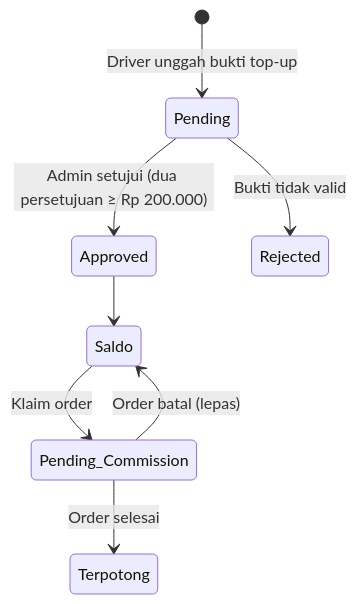
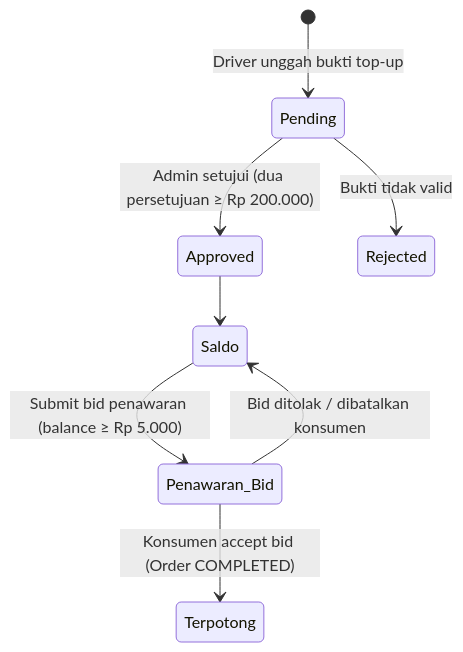
Before and after one commit to rizalfarhan613-1909/CampusXpress: the first of 2 diagrams in docs/Monetization.md, drawn with Mermaid. The commit also changed other lines of this file and 132 other files, not shown here.

````diff
--- a/docs/Monetization.md
+++ b/docs/Monetization.md
@@ -95,10 +136,10 @@
 ```mermaid
 stateDiagram-v2
   [*] --> Pending: Driver unggah bukti top-up
   Pending --> Approved: Admin setujui (dua persetujuan ≥ Rp 200.000)
   Pending --> Rejected: Bukti tidak valid
   Approved --> Saldo
-  Saldo --> Pending_Commission: Klaim order
-  Pending_Commission --> Saldo: Order batal (lepas)
-  Pending_Commission --> Terpotong: Order selesai
+  Saldo --> Penawaran_Bid: Submit bid penawaran (balance ≥ Rp 5.000)
+  Penawaran_Bid --> Saldo: Bid ditolak / dibatalkan konsumen
+  Penawaran_Bid --> Terpotong: Konsumen accept bid (Order COMPLETED)
 ```
````
